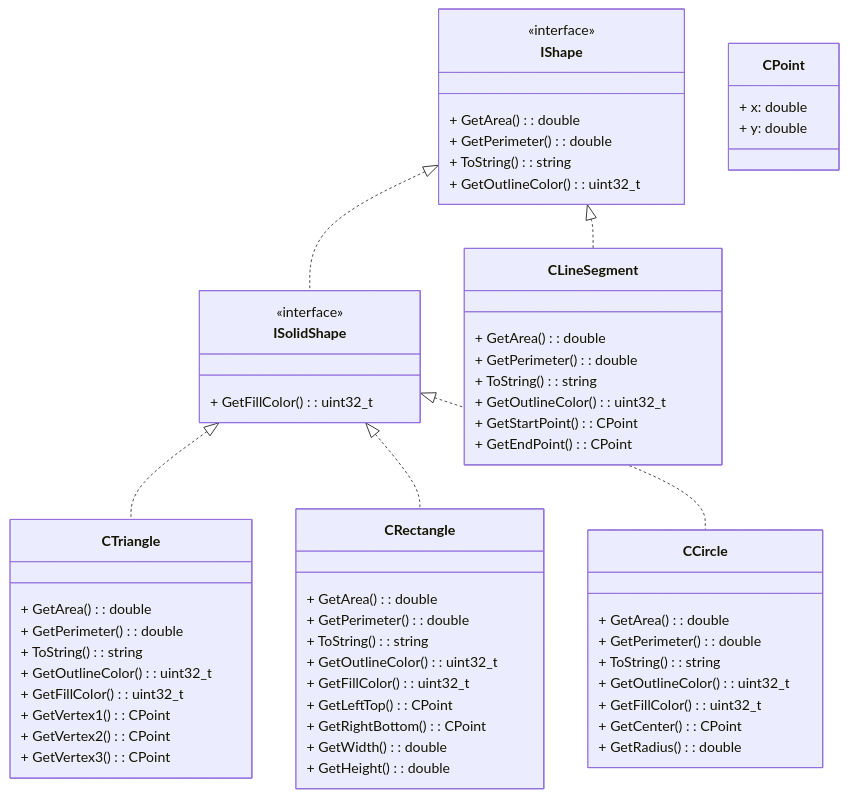
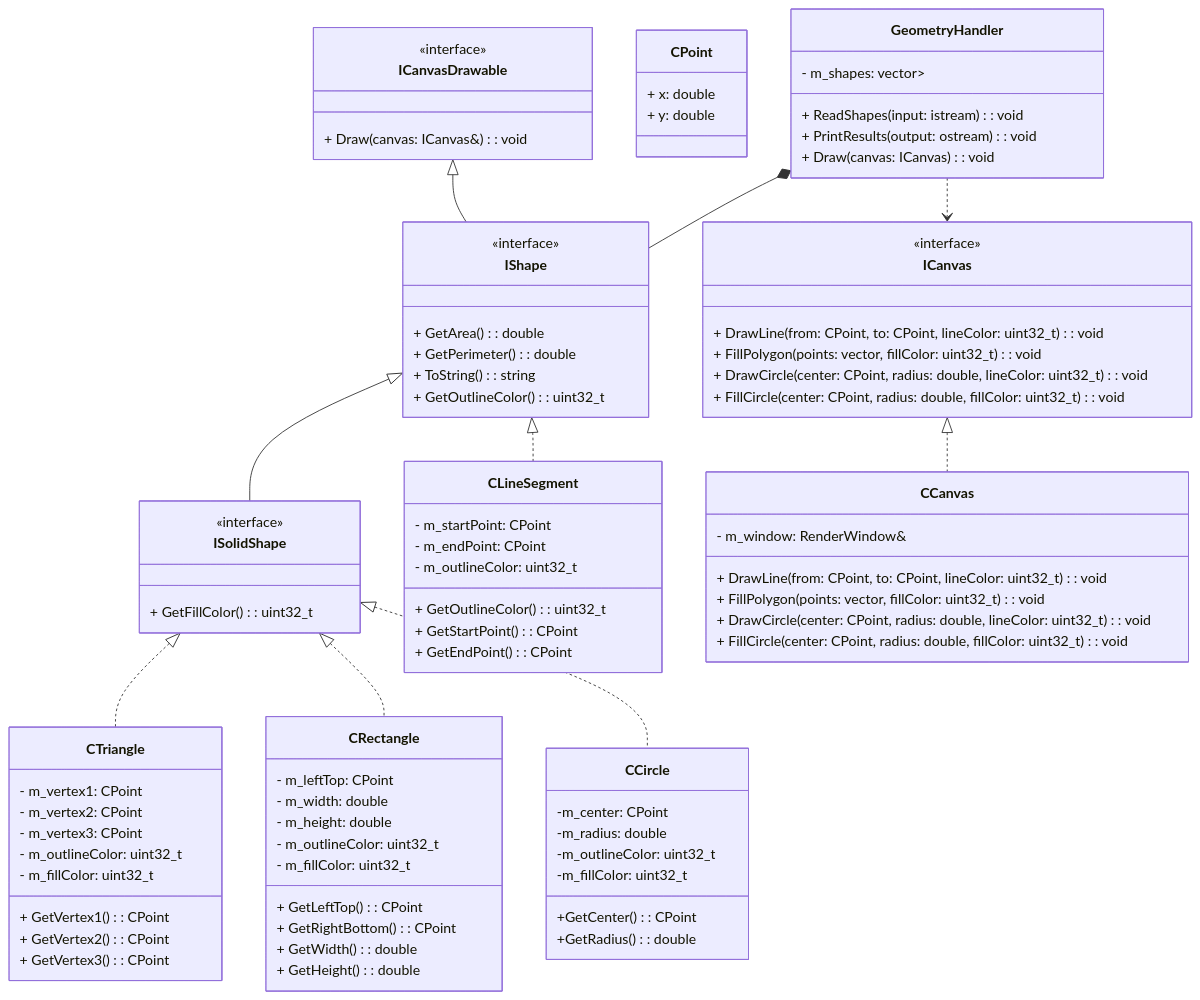
The diagram in lab4/task1/README.md (Obamium3157/oop), drawn with Mermaid before and after one commit. The commit also changed 1 other file, not shown here.

Commit message:
lab4 task1 Обновил диаграмму классов

````diff
--- a/lab4/task1/README.md
+++ b/lab4/task1/README.md
@@ -5,5 +5,31 @@
 ```mermaid
 classDiagram
+    class ICanvasDrawable {
+        <<interface>>
+        + Draw(canvas: ICanvas&): void
+    }
+
+    class ICanvas {
+        <<interface>>
+        + DrawLine(from: CPoint, to: CPoint, lineColor: uint32_t): void
+        + FillPolygon(points: vector<CPoint>, fillColor: uint32_t): void
+        + DrawCircle(center: CPoint, radius: double, lineColor: uint32_t): void
+        + FillCircle(center: CPoint, radius: double, fillColor: uint32_t): void
+    }
+
+    class CCanvas {
+        - m_window: RenderWindow&
+        + DrawLine(from: CPoint, to: CPoint, lineColor: uint32_t): void
+        + FillPolygon(points: vector<CPoint>, fillColor: uint32_t): void
+        + DrawCircle(center: CPoint, radius: double, lineColor: uint32_t): void
+        + FillCircle(center: CPoint, radius: double, fillColor: uint32_t): void
+    }
+
+    class CPoint {
+        + x: double
+        + y: double
+    }
+
     class IShape {
         <<interface>>
         + GetArea(): double
@@ -17,37 +43,32 @@
         + GetFillColor(): uint32_t
     }
 
-    class CPoint {
-        + x: double
-        + y: double
-    }
-
     class CLineSegment {
-        + GetArea(): double
-        + GetPerimeter(): double
-        + ToString(): string
+        - m_startPoint: CPoint
+        - m_endPoint: CPoint
+        - m_outlineColor: uint32_t
         + GetOutlineColor(): uint32_t
         + GetStartPoint(): CPoint
         + GetEndPoint(): CPoint
     }
 
     class CTriangle {
-        + GetArea(): double
-        + GetPerimeter(): double
-        + ToString(): string
-        + GetOutlineColor(): uint32_t
-        + GetFillColor(): uint32_t
+        - m_vertex1: CPoint
+        - m_vertex2: CPoint
+        - m_vertex3: CPoint
+        - m_outlineColor: uint32_t
+        - m_fillColor: uint32_t
         + GetVertex1(): CPoint
         + GetVertex2(): CPoint
         + GetVertex3(): CPoint
     }
 
     class CRectangle {
-        + GetArea(): double
-        + GetPerimeter(): double
-        + ToString(): string
-        + GetOutlineColor(): uint32_t
-        + GetFillColor(): uint32_t
+        - m_leftTop: CPoint
+        - m_width: double
+        - m_height: double
+        - m_outlineColor: uint32_t
+        - m_fillColor: uint32_t
         + GetLeftTop(): CPoint
         + GetRightBottom(): CPoint
         + GetWidth(): double
@@ -55,18 +76,28 @@
     }
 
     class CCircle {
-        + GetArea(): double
-        + GetPerimeter(): double
-        + ToString(): string
-        + GetOutlineColor(): uint32_t
-        + GetFillColor(): uint32_t
-        + GetCenter(): CPoint
-        + GetRadius(): double
+        -m_center: CPoint
+        -m_radius: double
+        -m_outlineColor: uint32_t
+        -m_fillColor: uint32_t
+        +GetCenter(): CPoint
+        +GetRadius(): double
     }
 
+    class GeometryHandler {
+        - m_shapes: vector<unique_ptr<IShape>>
+        + ReadShapes(input: istream): void
+        + PrintResults(output: ostream): void
+        + Draw(canvas: ICanvas): void
+    }
+
+    ICanvasDrawable <|-- IShape
+    IShape <|-- ISolidShape
     IShape <|.. CLineSegment
-    IShape <|.. ISolidShape
     ISolidShape <|.. CTriangle
     ISolidShape <|.. CRectangle
     ISolidShape <|.. CCircle
+    ICanvas <|.. CCanvas
+    GeometryHandler *-- IShape
+    GeometryHandler ..> ICanvas
 ```
````
